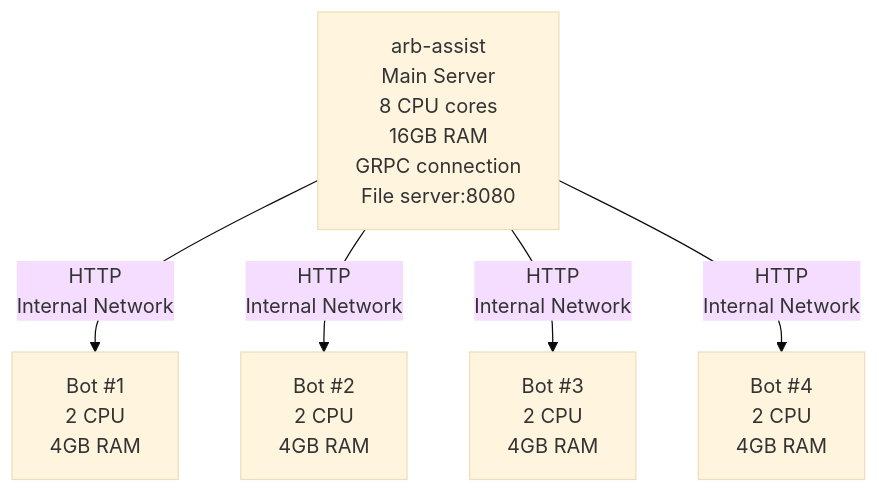
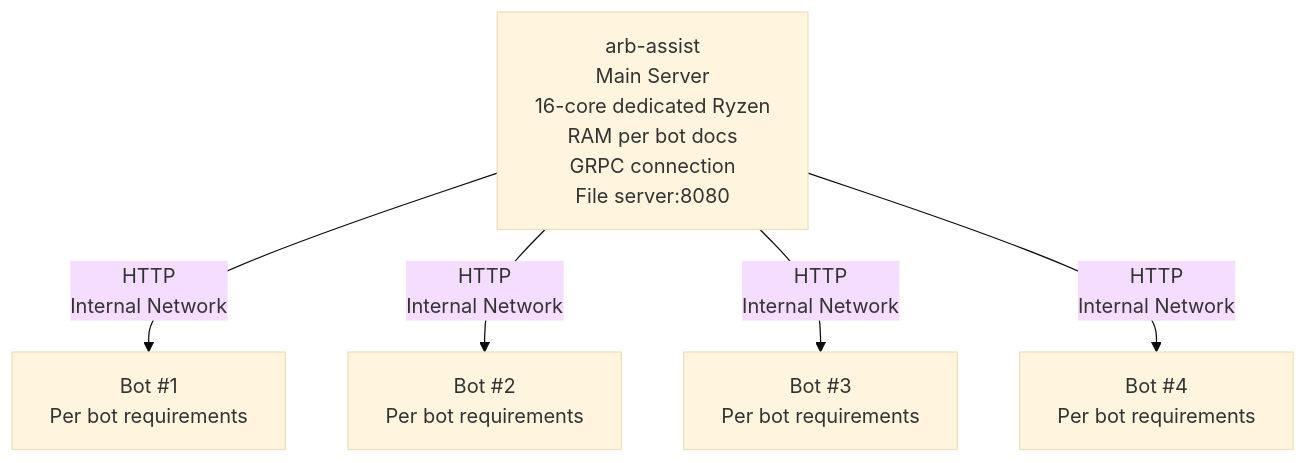
The diagram in docs/advanced-features/file-server.md (capicua4454/arb-assist), drawn with Mermaid (base theme) before and after one commit. The commit also changed 3 other files, not shown here.

````diff
--- a/docs/advanced-features/file-server.md
+++ b/docs/advanced-features/file-server.md
@@ -215,8 +215,8 @@
 ```mermaid
 graph TD
-    A[arb-assist<br/>Main Server<br/>8 CPU cores<br/>16GB RAM<br/>GRPC connection<br/>File server:8080]
-    A -->|HTTP<br/>Internal Network| B[Bot #1<br/>2 CPU<br/>4GB RAM]
-    A -->|HTTP<br/>Internal Network| C[Bot #2<br/>2 CPU<br/>4GB RAM]
-    A -->|HTTP<br/>Internal Network| D[Bot #3<br/>2 CPU<br/>4GB RAM]
-    A -->|HTTP<br/>Internal Network| E[Bot #4<br/>2 CPU<br/>4GB RAM]
+    A[arb-assist<br/>Main Server<br/>16-core dedicated Ryzen<br/>RAM per bot docs<br/>GRPC connection<br/>File server:8080]
+    A -->|HTTP<br/>Internal Network| B[Bot #1<br/>Per bot requirements]
+    A -->|HTTP<br/>Internal Network| C[Bot #2<br/>Per bot requirements]
+    A -->|HTTP<br/>Internal Network| D[Bot #3<br/>Per bot requirements]
+    A -->|HTTP<br/>Internal Network| E[Bot #4<br/>Per bot requirements]
 ```
````
